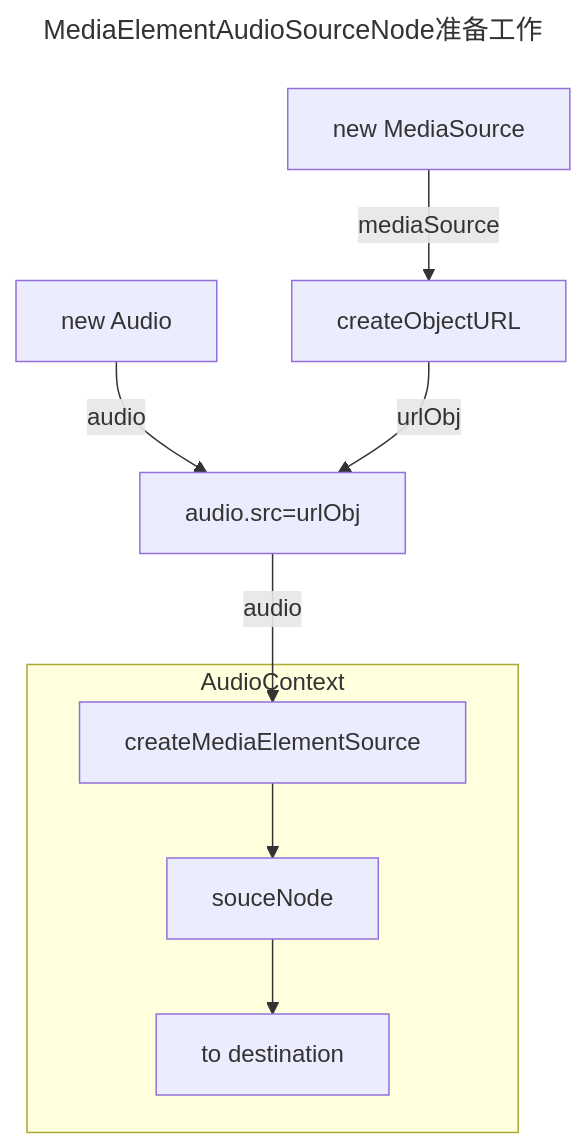
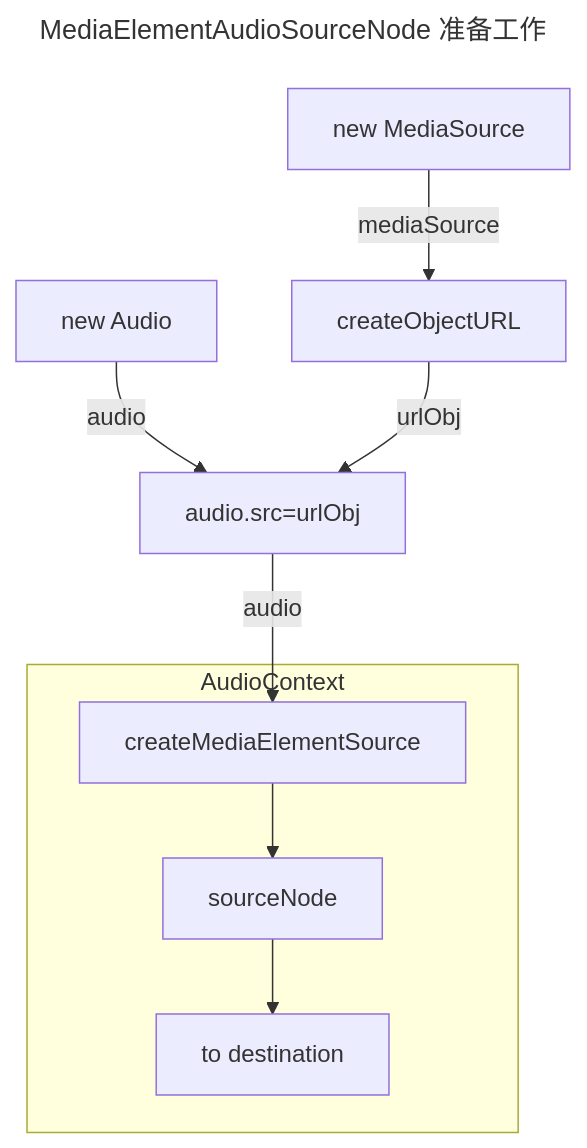
The fifth of 5 diagrams in notes/blogs/web_media/audio_api.md (superAlibi/notes), drawn with Mermaid before and after one commit. The commit also changed other lines of this file, not shown here.

````diff
--- a/notes/blogs/web_media/audio_api.md
+++ b/notes/blogs/web_media/audio_api.md
@@ -526,17 +451,14 @@
 ```mermaid
 ---
-title: MediaElementAudioSourceNode准备工作
+title: MediaElementAudioSourceNode 准备工作
 ---
 flowchart TB
-
-mediaSoucrce[new MediaSource]-->|mediaSource|urlObj[createObjectURL]
-audio[new Audio]-->|audio|link[audio.src=urlObj]
-urlObj-->|urlObj|link
-
-link -->|audio|createNode
-subgraph AudioContext
-  createNode[createMediaElementSource]-->souceNode
-  souceNode-->destination[to destination]
-end
-
+  mediaSource[new MediaSource]-->|mediaSource|urlObj[createObjectURL]
+  audio[new Audio]-->|audio|link[audio.src=urlObj]
+  urlObj-->|urlObj|link
+  link -->|audio|createNode
+  subgraph AudioContext
+    createNode[createMediaElementSource]-->sourceNode
+    sourceNode-->destination[to destination]
+  end
 ```
````
